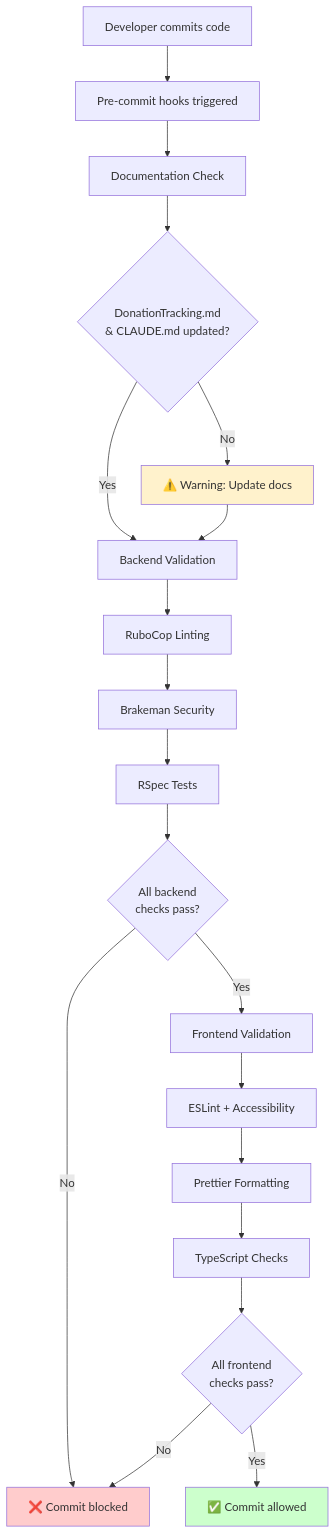
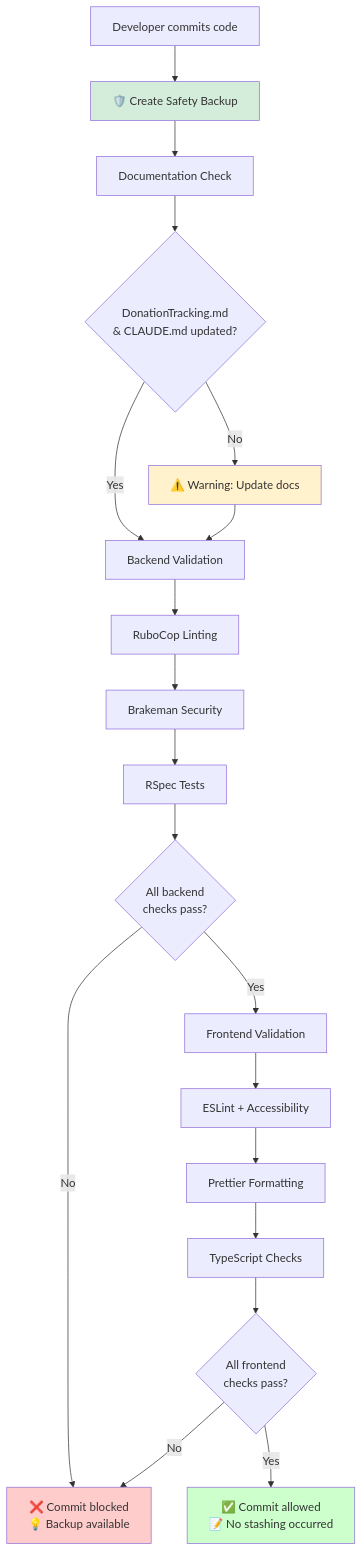
Before and after one commit to mlongerich/DonationTracker: the sixth of 6 diagrams in CLAUDE.md, drawn with Mermaid. The commit also changed other lines of this file and 6 other files, not shown here.

First line of the commit message:
chore: replace pre-commit framework with native Git hooks to prevent data loss

````diff
--- a/CLAUDE.md
+++ b/CLAUDE.md
@@ -774,31 +812,31 @@
 ```mermaid
 flowchart TD
-    A[Developer commits code] --> B[Pre-commit hooks triggered]
-
+    A[Developer commits code] --> B[🛡️ Create Safety Backup]
     B --> C[Documentation Check]
     C --> C1{DonationTracking.md<br/>& CLAUDE.md updated?}
     C1 -->|No| C2[⚠️ Warning: Update docs]
     C1 -->|Yes| D[Backend Validation]
 
     D --> D1[RuboCop Linting]
     D1 --> D2[Brakeman Security]
     D2 --> D3[RSpec Tests]
     D3 --> D4{All backend<br/>checks pass?}
 
-    D4 -->|No| F1[❌ Commit blocked]
+    D4 -->|No| F1[❌ Commit blocked<br/>💡 Backup available]
     D4 -->|Yes| E[Frontend Validation]
 
     E --> E1[ESLint + Accessibility]
     E1 --> E2[Prettier Formatting]
     E2 --> E3[TypeScript Checks]
     E3 --> E4{All frontend<br/>checks pass?}
 
     E4 -->|No| F1
-    E4 -->|Yes| F2[✅ Commit allowed]
+    E4 -->|Yes| F2[✅ Commit allowed<br/>📝 No stashing occurred]
 
     C2 --> D
 
+    style B fill:#d4edda
     style C2 fill:#fff2cc
     style F1 fill:#ffcccc
     style F2 fill:#ccffcc
 ```
````
